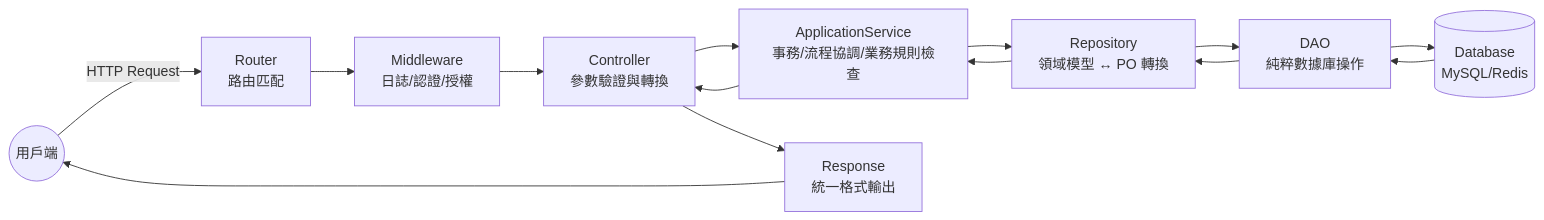
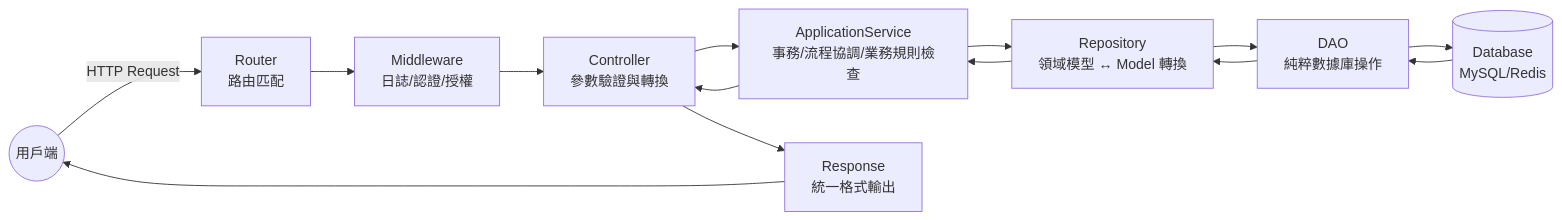
The first of 4 diagrams in README.md (ericsiang/go-gin-arch), drawn with Mermaid before and after one commit. The commit also changed other lines of this file, not shown here.

````diff
--- a/README.md
+++ b/README.md
@@ -222,24 +223,24 @@
 ``` mermaid
 graph LR
     Client((用戶端)) -->|HTTP Request| Router["Router<br/>路由匹配"]
     
     Router --> Middleware["Middleware<br/>日誌/認證/授權"]
     
     Middleware --> Controller["Controller<br/>參數驗證與轉換"]
     
     Controller --> Service["ApplicationService<br/>事務/流程協調/業務規則檢查"]
     
-    Service --> Repository["Repository<br/>領域模型 ↔ PO 轉換"]
+    Service --> Repository["Repository<br/>領域模型 ↔ Model 轉換"]
     
     Repository --> DAO["DAO<br/>純粹數據庫操作"]
     
     DAO --> Database[("Database<br/>MySQL/Redis")]
     
     Database --> DAO
     DAO --> Repository
     Repository --> Service
     Service --> Controller
     Controller --> Response["Response<br/>統一格式輸出"]
     Response --> Client
     
 ```
````
